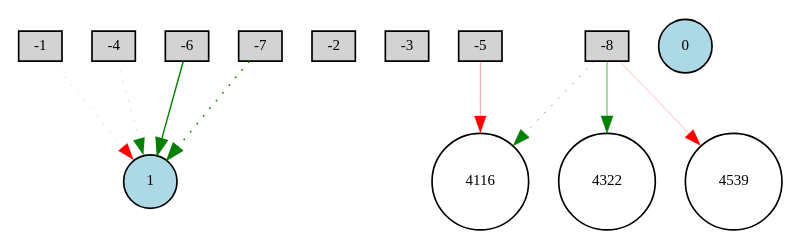
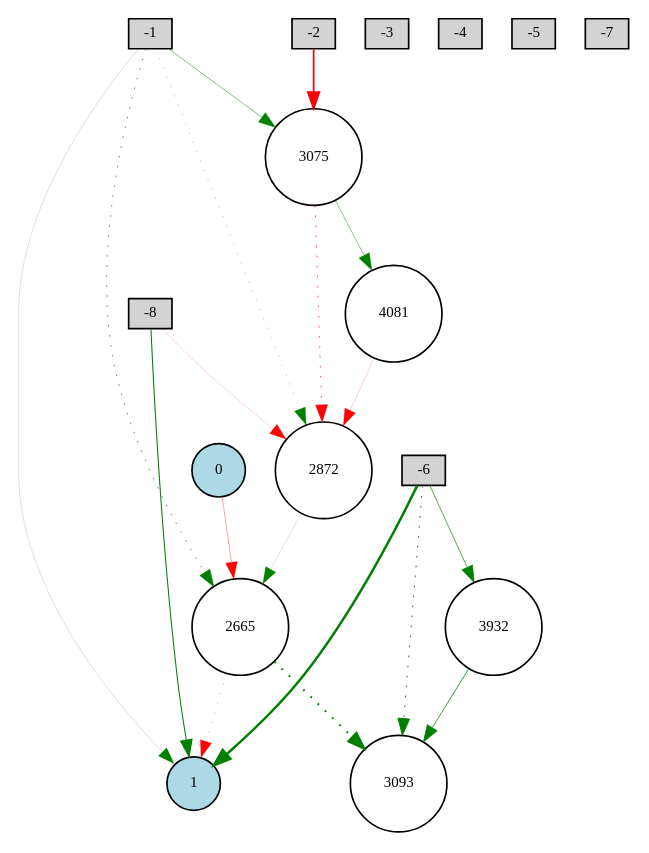
One commit to BhargavaGowda/NEAT-GymPython changed the diagram in Digraph.gv. Above: the diagram before and after it, drawn with Graphviz. The commit also changed 16 other files, not shown here.

```diff
--- a/Digraph.gv
+++ b/Digraph.gv
@@ -1,24 +1,37 @@
 digraph {
 	node [fontsize=9 height=0.2 shape=circle width=0.2]
 	-1 [fillcolor=lightgray shape=box style=filled]
 	-2 [fillcolor=lightgray shape=box style=filled]
 	-3 [fillcolor=lightgray shape=box style=filled]
 	-4 [fillcolor=lightgray shape=box style=filled]
 	-5 [fillcolor=lightgray shape=box style=filled]
 	-6 [fillcolor=lightgray shape=box style=filled]
 	-7 [fillcolor=lightgray shape=box style=filled]
 	-8 [fillcolor=lightgray shape=box style=filled]
 	0 [fillcolor=lightblue style=filled]
 	1 [fillcolor=lightblue style=filled]
-	4322 [fillcolor=white style=filled]
-	4116 [fillcolor=white style=filled]
-	4539 [fillcolor=white style=filled]
-	-6 -> 1 [color=green penwidth=0.864159020809527 style=solid]
-	-4 -> 1 [color=green penwidth=0.13951612979529088 style=dotted]
-	-7 -> 1 [color=green penwidth=0.9321814186789821 style=dotted]
-	-1 -> 1 [color=red penwidth=0.13278792597093553 style=dotted]
-	-8 -> 4116 [color=green penwidth=0.3822802036870948 style=dotted]
-	-8 -> 4322 [color=green penwidth=0.38566059016549215 style=solid]
-	-8 -> 4539 [color=red penwidth=0.15188596780214592 style=solid]
-	-5 -> 4116 [color=red penwidth=0.2250118438435819 style=solid]
+	3075 [fillcolor=white style=filled]
+	2665 [fillcolor=white style=filled]
+	4081 [fillcolor=white style=filled]
+	3093 [fillcolor=white style=filled]
+	2872 [fillcolor=white style=filled]
+	3932 [fillcolor=white style=filled]
+	-6 -> 1 [color=green penwidth=1.4885867618011432 style=solid]
+	-8 -> 1 [color=green penwidth=0.6300270449101051 style=solid]
+	-1 -> 1 [color=green penwidth=0.10633002430307359 style=solid]
+	-1 -> 2665 [color=green penwidth=0.40802129567504575 style=dotted]
+	2665 -> 1 [color=red penwidth=0.1667057829057369 style=dotted]
+	-1 -> 2872 [color=green penwidth=0.16443850961255196 style=dotted]
+	2872 -> 2665 [color=green penwidth=0.10042474504981544 style=solid]
+	3075 -> 2872 [color=red penwidth=0.41425610687857795 style=dotted]
+	2665 -> 3093 [color=green penwidth=1.2893638184637144 style=dotted]
+	0 -> 2665 [color=red penwidth=0.22465130546401868 style=solid]
+	-2 -> 3075 [color=red penwidth=1.0202331823145758 style=solid]
+	-6 -> 3093 [color=green penwidth=0.5847876082430921 style=dotted]
+	-8 -> 2872 [color=red penwidth=0.10213863095956369 style=solid]
+	-6 -> 3932 [color=green penwidth=0.3975266229857617 style=solid]
+	3932 -> 3093 [color=green penwidth=0.4749768319287766 style=solid]
+	3075 -> 4081 [color=green penwidth=0.25620470464650463 style=solid]
+	4081 -> 2872 [color=red penwidth=0.11614447232478049 style=solid]
+	-1 -> 3075 [color=green penwidth=0.304058971913426 style=solid]
 }
```
